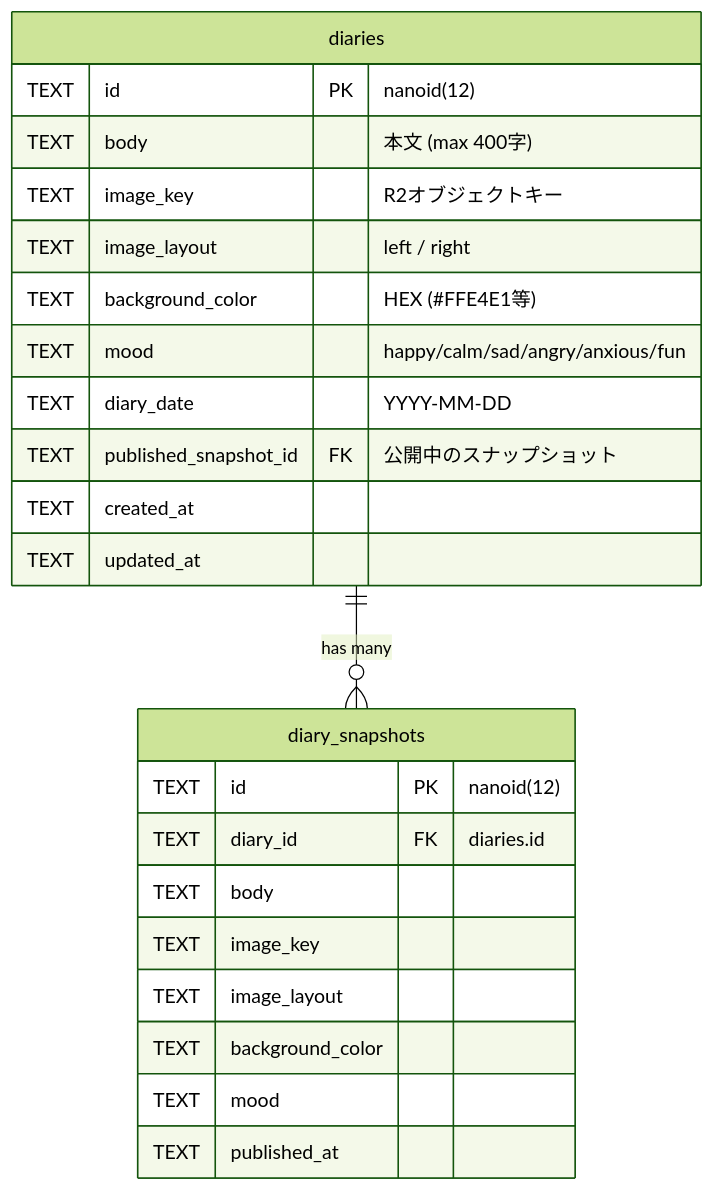
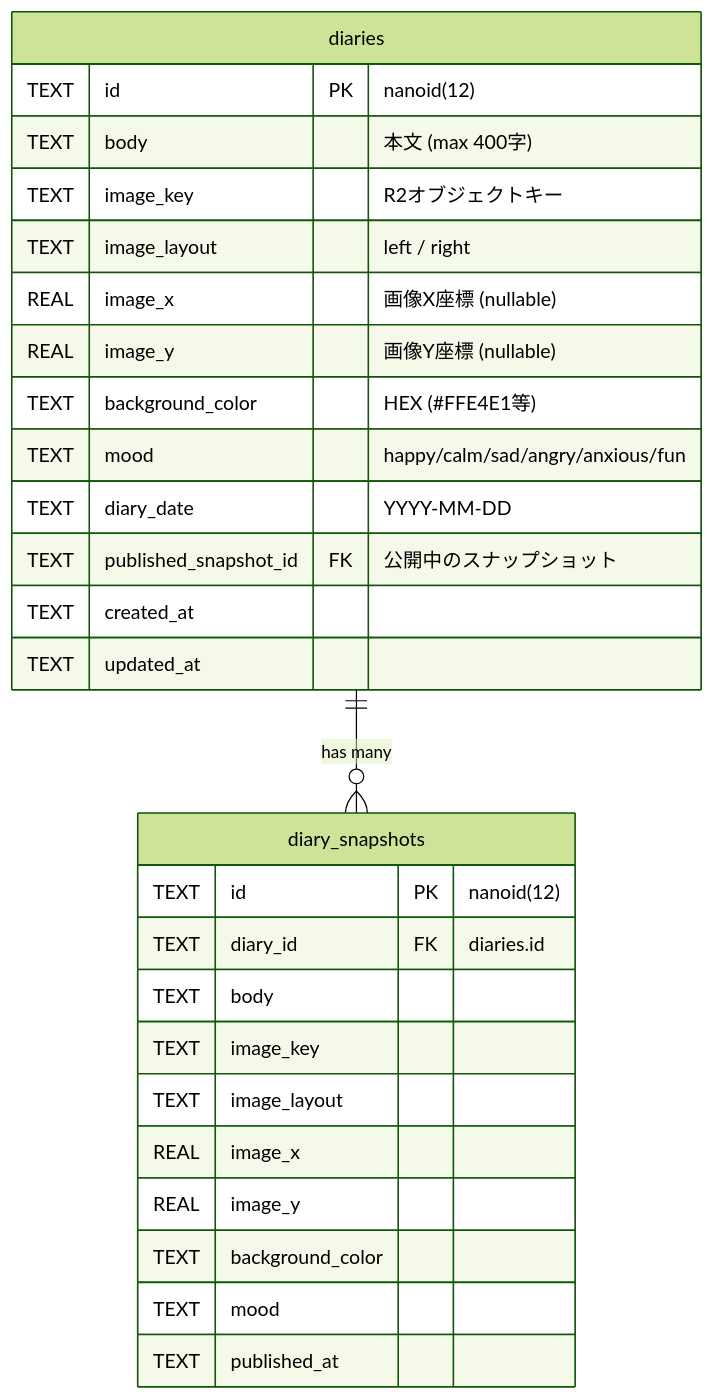
Before and after one commit to shimabox/400-diary: the first of 3 diagrams in docs/architecture/database.md, drawn with Mermaid (forest theme). The commit also changed 3 other files, not shown here.

````diff
--- a/docs/architecture/database.md
+++ b/docs/architecture/database.md
@@ -9,26 +9,30 @@
 ```mermaid
 erDiagram
     diaries ||--o{ diary_snapshots : "has many"
     diaries {
         TEXT id PK "nanoid(12)"
         TEXT body "本文 (max 400字)"
         TEXT image_key "R2オブジェクトキー"
         TEXT image_layout "left / right"
+        REAL image_x "画像X座標 (nullable)"
+        REAL image_y "画像Y座標 (nullable)"
         TEXT background_color "HEX (#FFE4E1等)"
         TEXT mood "happy/calm/sad/angry/anxious/fun"
         TEXT diary_date "YYYY-MM-DD"
         TEXT published_snapshot_id FK "公開中のスナップショット"
         TEXT created_at
         TEXT updated_at
     }
     diary_snapshots {
         TEXT id PK "nanoid(12)"
         TEXT diary_id FK "diaries.id"
         TEXT body
         TEXT image_key
         TEXT image_layout
+        REAL image_x
+        REAL image_y
         TEXT background_color
         TEXT mood
         TEXT published_at
     }
 ```
````
